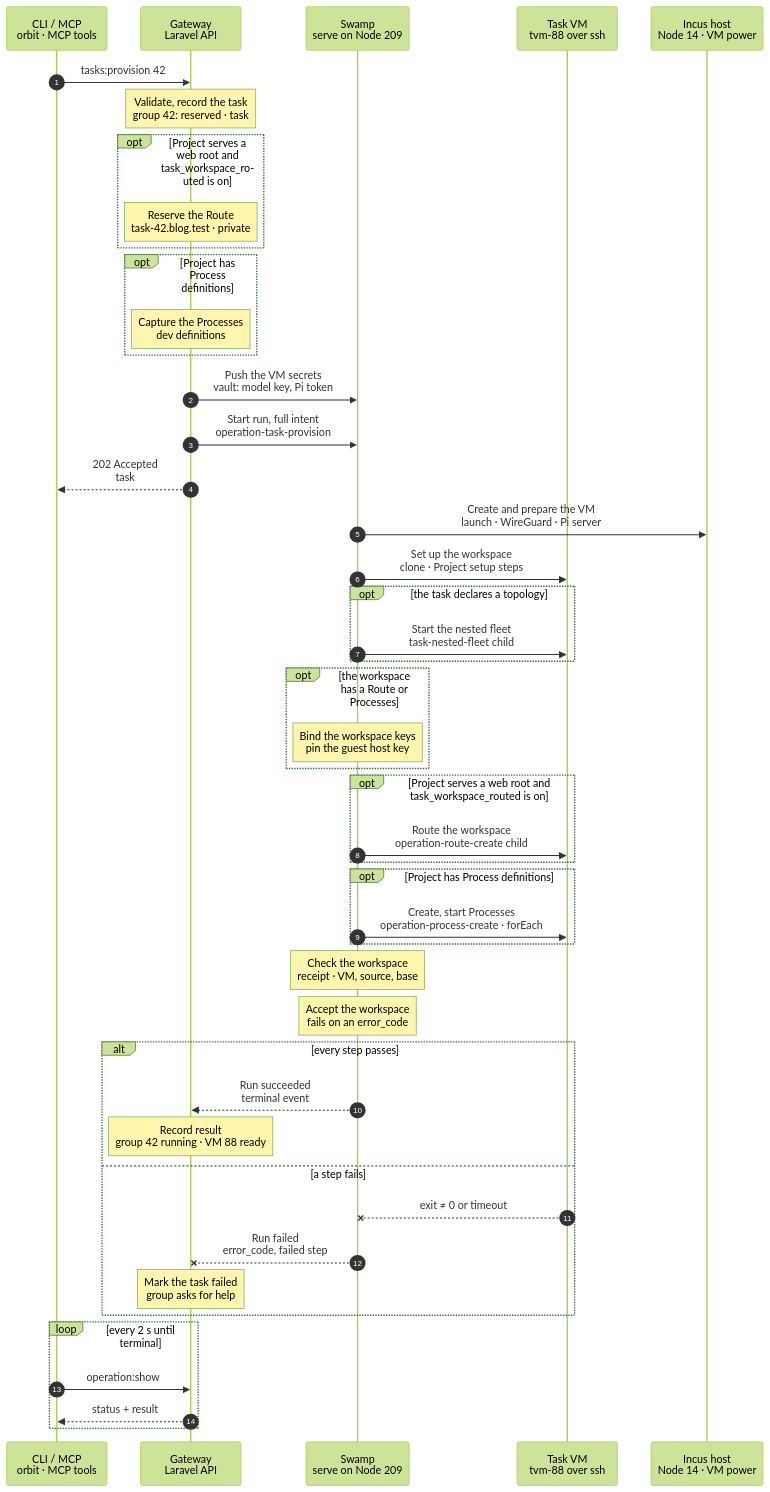
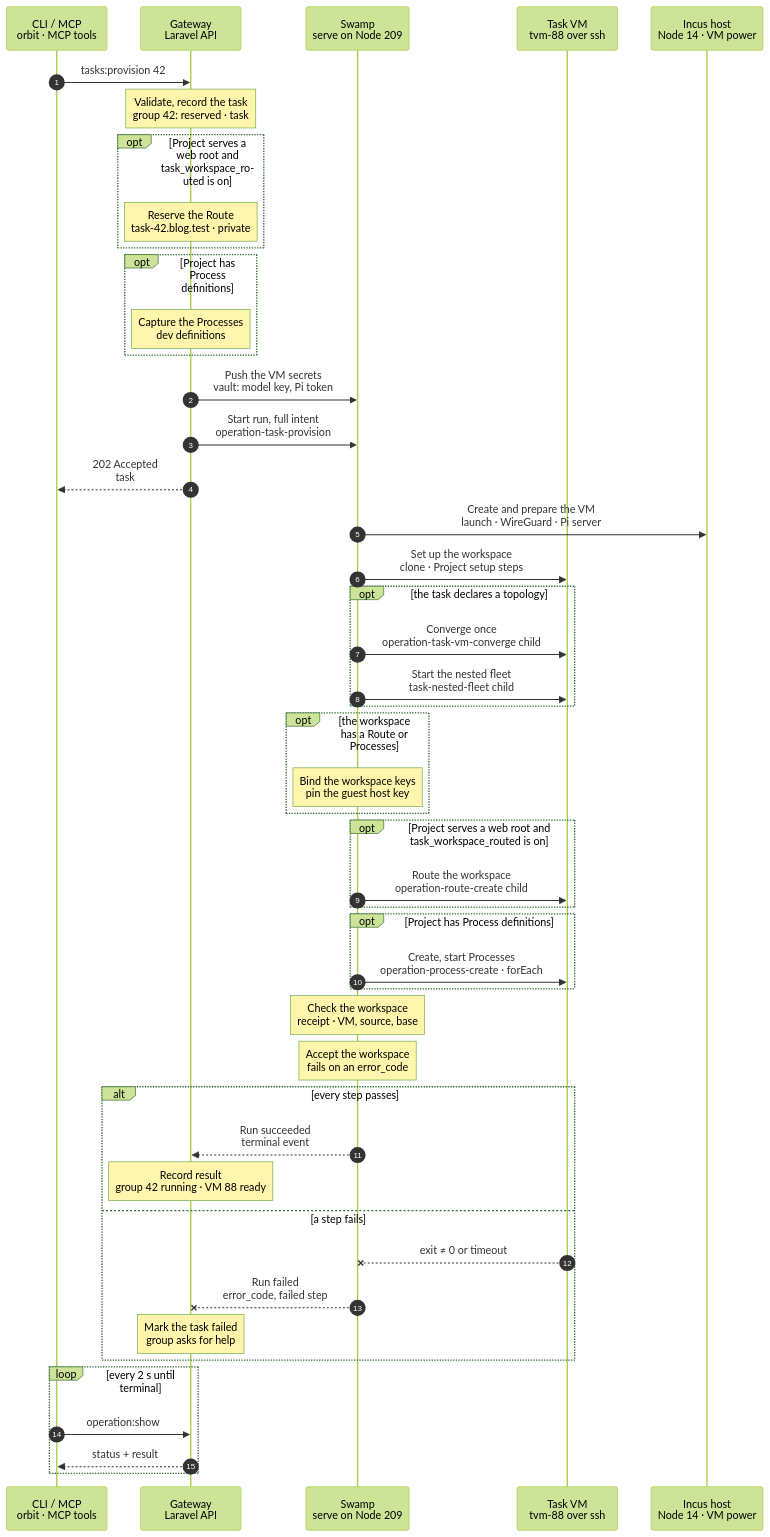
The diagram in docs/cli/tasks/provision.mmd (hardimpactdev/orbit), drawn with Mermaid (forest theme) before and after one commit. The commit also changed 8 other files, not shown here.

First line of the commit message:
Converge once in the provision, before the nested fleet

```diff
--- a/docs/cli/tasks/provision.mmd
+++ b/docs/cli/tasks/provision.mmd
@@ -1,80 +1,85 @@
 sequenceDiagram
   %% Target design: ADR 0244 (a task group is one root task; Pi turns use the pi driver), Recall swamp-tasks-swamp-orchestrates-pi + task-vms-swamp-via-ssh, DECISIONS R1-R4.
   %% Tightened: flow-tighten 2026-11-02, rule 22. Cut 2026-11-02 (orchestrator): provision creates the VM and the workspace only; the group-run driver composes tasks.check, tasks.turn, tasks.publish, tasks.park and tasks.cancel.
   %% Reviewed: Nick 2026-11-03 (P1): the workspace gets the Project's Route and Processes through the same children as instance:create; rules 23 and 25. What it covers, capacity and image fallback are on the docs page.
   %% status: reviewed
   %% command: tasks:provision
   %% kind: tasks.provision
   autonumber
   %% lane CLI icon=terminal pill=caller tone=gray
   %% lane GW icon=gateway pill=intent tone=blue
   %% lane SW icon=workflow pill=executes tone=green
   %% lane VM icon=server pill=target tone=amber
   %% lane H icon=server pill=target tone=purple
   participant CLI as CLI / MCP<br/>orbit · MCP tools
   participant GW as Gateway<br/>Laravel API
   participant SW as Swamp<br/>serve on Node 209
   participant VM as Task VM<br/>tvm-88 over ssh
   participant H as Incus host<br/>Node 14 · VM power
   CLI->>GW: tasks:provision 42
   Note over GW: Validate, record the task<br/>group 42: reserved · task #5140
   %%> When it waits:
   %%> - no host has room or a usable image: the task waits (`capacity`) and starts when a VM is destroyed or an image is promoted
   opt Project serves a web root and task_workspace_routed is on
     Note over GW: Reserve the Route<br/>task-42.blog.test · private
     %%> Why first:
     %%> - the Route changes how Process units render; capturing Processes after it keeps admission and dispatch identical
   end
   opt Project has Process definitions
     Note over GW: Capture the Processes<br/>dev definitions
   end
   GW->>SW: Push the VM secrets<br/>vault: model key, Pi token
   %%> Why:
   %%> - secrets go Gateway → vault → step; the run inputs hold only vault key names
   GW->>SW: Start run, full intent<br/>operation-task-provision
   GW-->>CLI: 202 Accepted<br/>task #5140
   SW->>H: Create and prepare the VM<br/>launch · WireGuard · Pi server
   SW->>VM: Set up the workspace<br/>clone · Project setup steps
   %%> Why redacted:
   %%> - setup output stays on the VM; only a redacted 4 KiB tail reaches history
   opt the task declares a topology
+    SW->>VM: Converge once<br/>operation-task-vm-converge child
+    %%> What it does:
+    %%> - runs the task VM role phases on the outer VM (docs/cli/tasks/vm-converge.mmd): the NFS server with the export of the checkout to the nested network, the firewall rules of the bridge, and Incus with its default pool, the nested network and the topology seed pool recovered from the seed disk
+    %%> Why:
+    %%> - the image may predate these phases; a VM at the pins reports no change
     SW->>VM: Start the nested fleet<br/>task-nested-fleet child
     %%> What it does:
-    %%> - creates the nested network from the subnet that the ready copies of the seed store, copies the three ready copies, gives each its stored MAC and address, and starts them
+    %%> - creates the nested network from the subnet that the ready copies of the seed store (the converge may have made it; the fleet checks that its subnet is the stored one), copies the three ready copies, gives each its stored MAC and address, and starts them
     %%> - joins as operator: the VM makes its own WireGuard key, writes the public key into the nested Gateway's operator record with `incus exec`, puts it on the hub and brings up `wg-nested` as 10.45.0.10
     %%> - pushes the proof Swamp Club key from the VM into the nested Gateway and restarts its Swamp
     %%> Why:
     %%> - the task owns the network and the three VMs; it needs no earlier fleet and no state from another VM (stage 2 of the command development pipeline)
     %%> Decided by the orchestrator, for Nick's review: a seed without its three ready copies skips the fleet until the fleet build (`task_vm.fleet_build`) lands; the result records `nested_fleet: none`
     %%> Not built yet in this step:
     %%> - the NFS mount of the checkout, the apply step, the readiness check and the `base` snapshot
   end
   opt the workspace has a Route or Processes
     Note over SW: Bind the workspace keys<br/>pin the guest host key
     %%> Why:
     %%> - the guest's host key exists only after the VM step pins it; the Gateway leaves only the guest's targets unpinned
   end
   opt Project serves a web root and task_workspace_routed is on
     SW->>VM: Route the workspace<br/>operation-route-create child
     %%> Why a child:
     %%> - the same Route child instance:create runs; its signing authorizes against this root run
   end
   opt Project has Process definitions
     SW->>VM: Create, start Processes<br/>operation-process-create · forEach
   end
   Note over SW: Check the workspace<br/>receipt · VM, source, base
   Note over SW: Accept the workspace<br/>fails on an error_code
   alt every step passes
     SW-->>GW: Run succeeded<br/>terminal event
     Note over GW: Record result<br/>group 42 running · VM 88 ready
   else a step fails
     VM--xSW: exit ≠ 0 or timeout
     SW--xGW: Run failed<br/>error_code, failed step
     Note over GW: Mark the task failed<br/>group asks for help
     %%> On the VM:
     %%> - VM 88 and its checkout stay; there is no rollback; `tasks:cancel 42` ends the group and removes the VM
   end
   loop every 2 s until terminal
     CLI->>GW: operation:show #5140
     GW-->>CLI: status + result
   end
```
